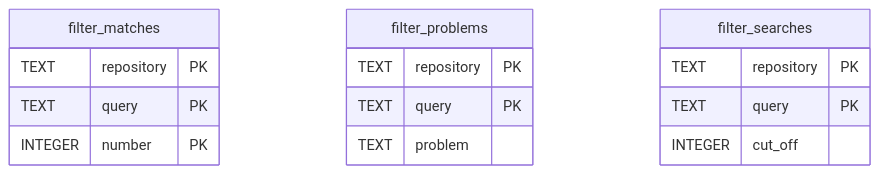
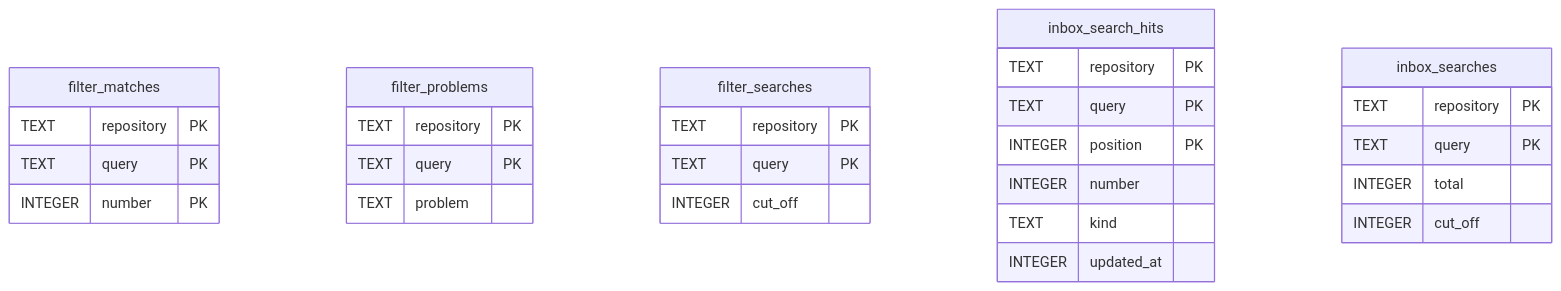
One commit to tsugiki/tsugiki changed the third of 4 diagrams in docs/schema.md. Above: the diagram before and after it, drawn with Mermaid. The commit also changed 55 other files, not shown here.

First line of the commit message:
Send a typed Inbox search to GitHub and let its answer decide (#1114)

````diff
--- a/docs/schema.md
+++ b/docs/schema.md
@@ -258,18 +258,32 @@
 ```mermaid
 erDiagram
     filter_matches {
         TEXT repository PK
         TEXT query PK
         INTEGER number PK
     }
     filter_problems {
         TEXT repository PK
         TEXT query PK
         TEXT problem
     }
     filter_searches {
         TEXT repository PK
         TEXT query PK
         INTEGER cut_off
     }
+    inbox_search_hits {
+        TEXT repository PK
+        TEXT query PK
+        INTEGER position PK
+        INTEGER number
+        TEXT kind
+        INTEGER updated_at
+    }
+    inbox_searches {
+        TEXT repository PK
+        TEXT query PK
+        INTEGER total
+        INTEGER cut_off
+    }
 ```
````
